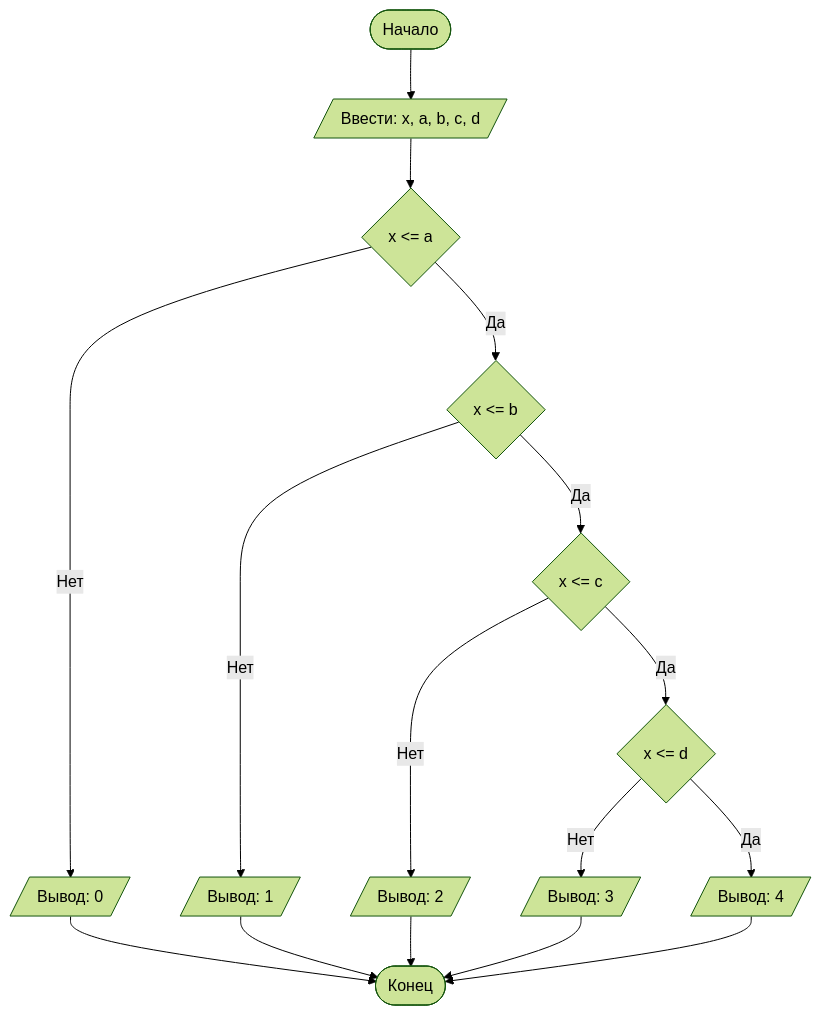
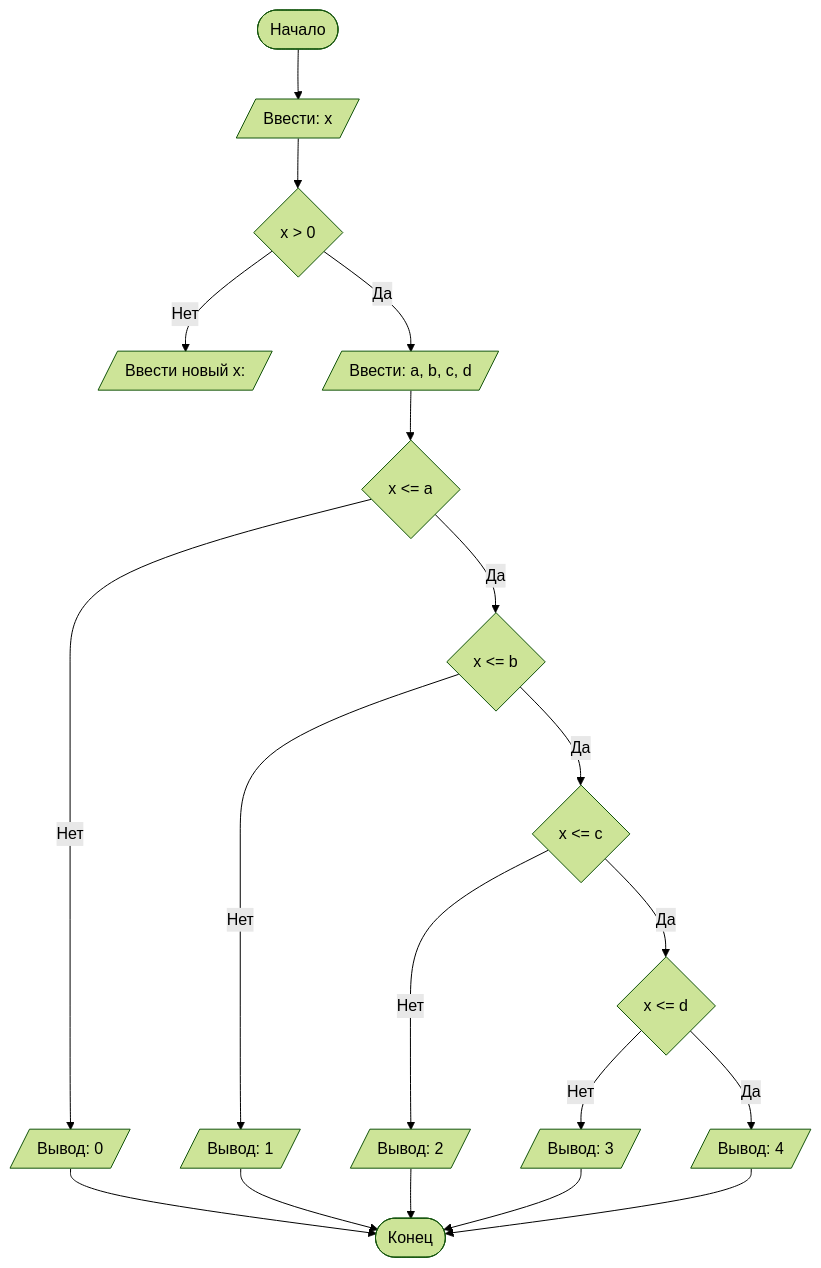
One commit to abihuf/lab1 changed the diagram in README.md. Above: the diagram before and after it, drawn with Mermaid (forest theme).

````diff
--- a/README.md
+++ b/README.md
@@ -94,19 +94,22 @@
 ```mermaid
 graph TD
-    A([Начало]) --> B[/Ввести: x, a, b, c, d/]
-    B --> C{x <= a}
+    A([Начало]) --> B[/Ввести: x/]
+    B --> L{x > 0}
+    L -- Нет --> M[/Ввести новый x:/]
+    L -- Да --> N[/Ввести: a, b, c, d/]
+    N --> C{x <= a}
     C -- Нет --> D[/Вывод: 0/]
     D --> Z([Конец])
     C -- Да --> E{x <= b}
     E -- Нет --> F[/Вывод: 1/]
     F --> Z([Конец])
     E -- Да --> G{x <= c}
     G -- Нет --> H[/Вывод: 2/]
     H --> Z([Конец])
     G -- Да --> I{x <= d}
     I -- Нет --> J[/Вывод: 3/]
     J --> Z([Конец])
     I -- Да --> K[/Вывод: 4/]
     K --> Z([Конец])
 
 ```
````
